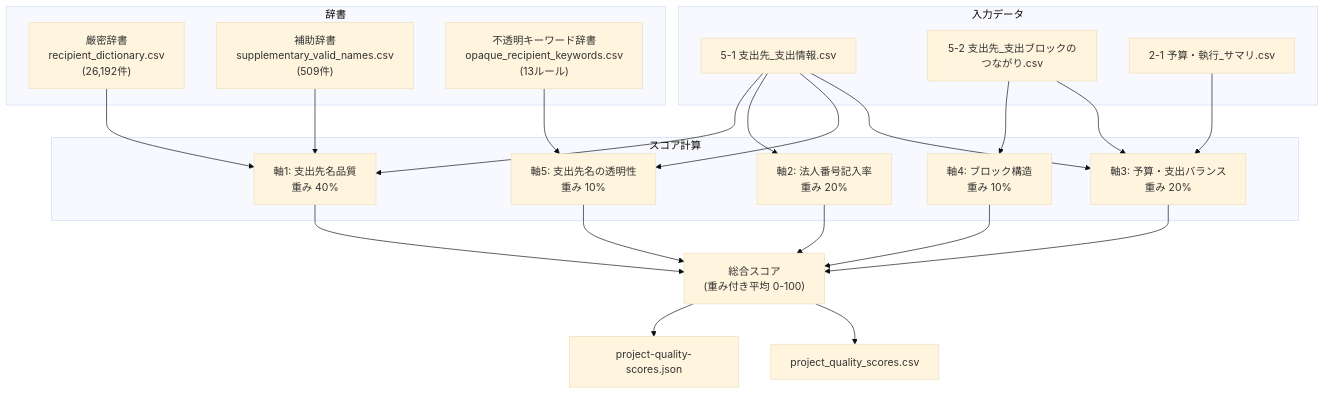
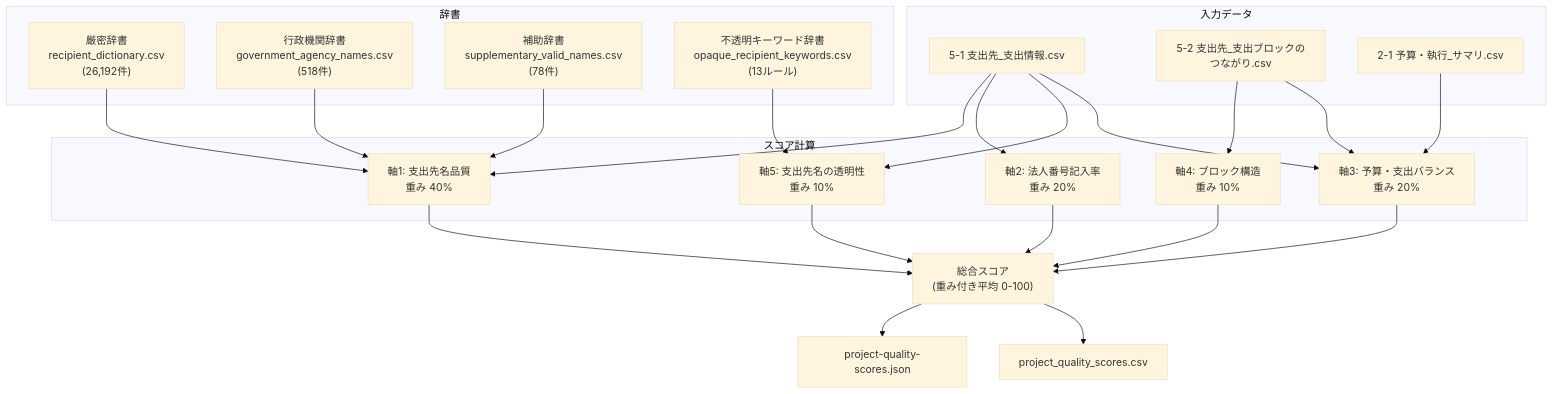
One commit to igomuni/marumie-rssystem changed the first of 11 diagrams in docs/quality-scoring-guide.md. Above: the diagram before and after it, drawn with Mermaid (base theme). The commit also changed other lines of this file and 10 other files, not shown here.

````diff
--- a/docs/quality-scoring-guide.md
+++ b/docs/quality-scoring-guide.md
@@ -7,36 +7,38 @@
 ```mermaid
 flowchart TB
     subgraph 入力データ
         CSV1["5-1 支出先_支出情報.csv"]
         CSV2["5-2 支出先_支出ブロックのつながり.csv"]
         CSV3["2-1 予算・執行_サマリ.csv"]
     end
 
     subgraph 辞書
         DICT["厳密辞書<br/>recipient_dictionary.csv<br/>(26,192件)"]
-        SUPP["補助辞書<br/>supplementary_valid_names.csv<br/>(509件)"]
+        GOV["行政機関辞書<br/>government_agency_names.csv<br/>(518件)"]
+        SUPP["補助辞書<br/>supplementary_valid_names.csv<br/>(78件)"]
         OPAQUE["不透明キーワード辞書<br/>opaque_recipient_keywords.csv<br/>(13ルール)"]
     end
 
     subgraph スコア計算
         A1["軸1: 支出先名品質<br/>重み 40%"]
         A2["軸2: 法人番号記入率<br/>重み 20%"]
         A3["軸3: 予算・支出バランス<br/>重み 20%"]
         A4["軸4: ブロック構造<br/>重み 10%"]
         A5["軸5: 支出先名の透明性<br/>重み 10%"]
     end
 
     CSV1 --> A1 & A2 & A5
     CSV2 --> A4
     CSV3 --> A3
     DICT --> A1
+    GOV --> A1
     SUPP --> A1
     OPAQUE --> A5
     CSV1 --> A3
     CSV2 --> A3
 
     A1 & A2 & A3 & A4 & A5 --> TOTAL["総合スコア<br/>(重み付き平均 0-100)"]
 
     TOTAL --> OUT_JSON["project-quality-scores.json"]
     TOTAL --> OUT_CSV["project_quality_scores.csv"]
 ```
````
